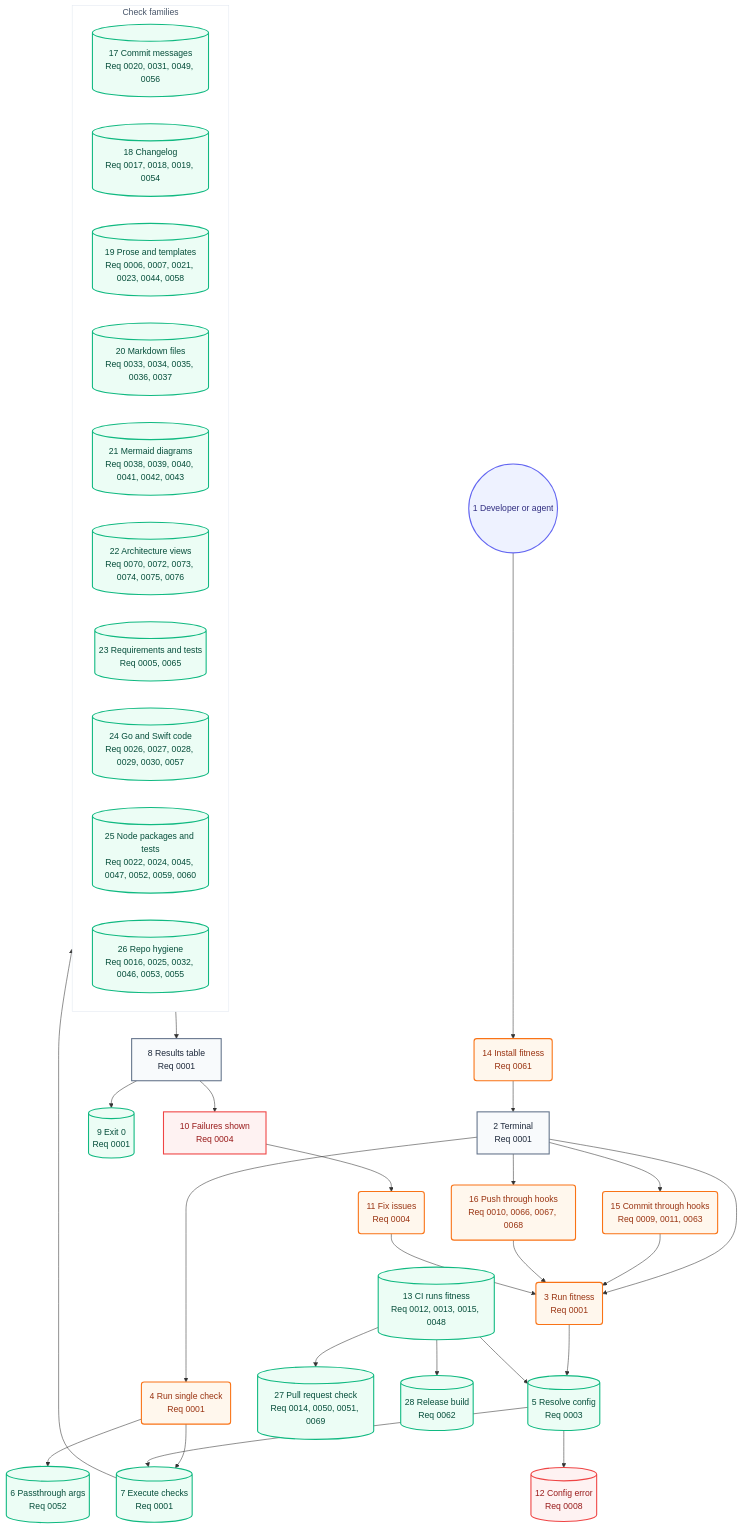
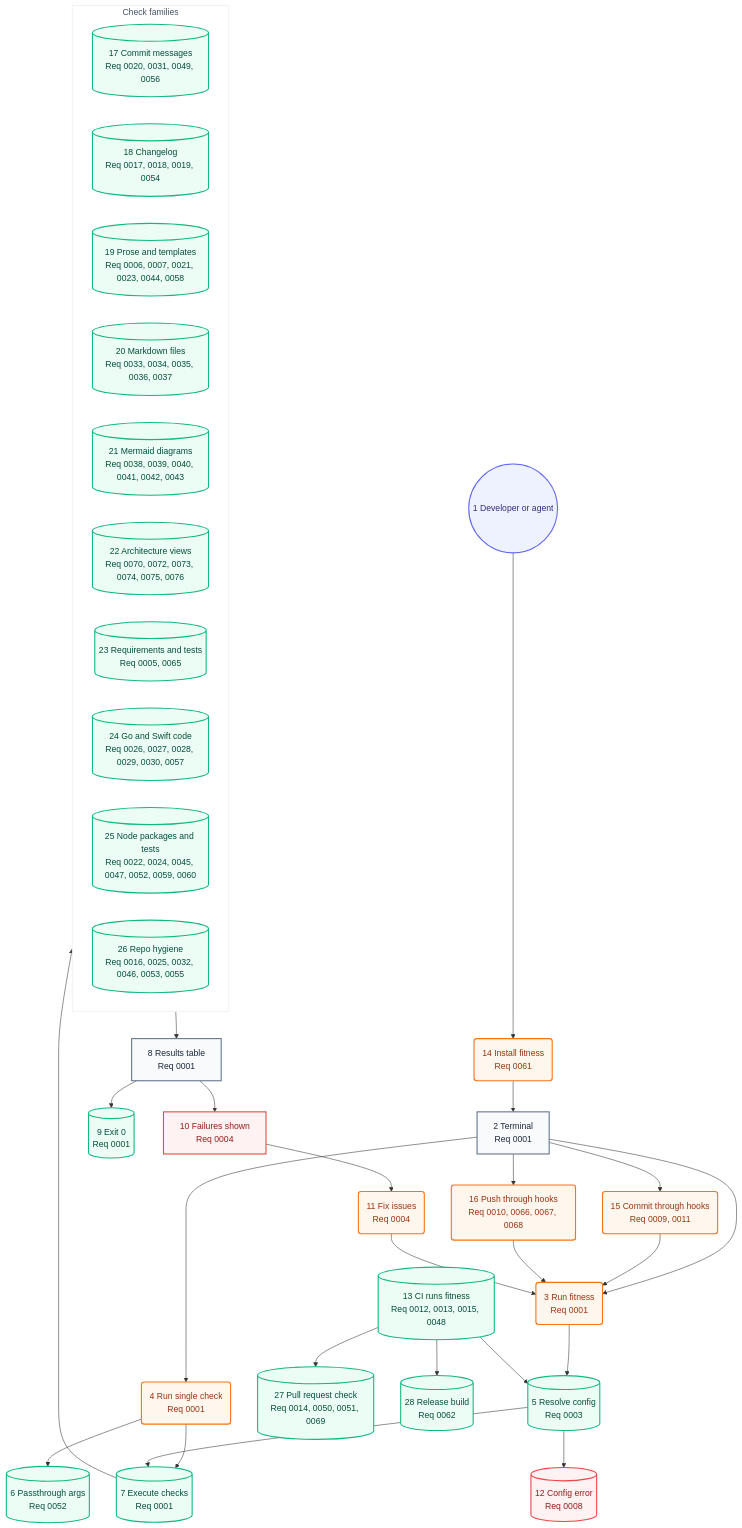
Before and after one commit to may-journal/fitness-runner: the second of 2 diagrams in docs/architecture/05-user-journey.md, drawn with Mermaid. The commit also changed other lines of this file and 22 other files, not shown here.

````diff
--- a/docs/architecture/05-user-journey.md
+++ b/docs/architecture/05-user-journey.md
@@ -39,66 +39,66 @@
 ```mermaid
 flowchart TB
     dev((1 Developer or agent)):::persona
     install(14 Install fitness<br/>Req 0061):::action
     terminal[2 Terminal<br/>Req 0001]:::screen
     runFull(3 Run fitness<br/>Req 0001):::action
     runSingle(4 Run single check<br/>Req 0001):::action
-    commitHook(15 Commit through hooks<br/>Req 0009, 0011, 0063):::action
+    commitHook(15 Commit through hooks<br/>Req 0009, 0011):::action
     pushHook(16 Push through hooks<br/>Req 0010, 0066, 0067, 0068):::action
     resolveConfig[(5 Resolve config<br/>Req 0003)]:::system
     passArgs[(6 Passthrough args<br/>Req 0052)]:::system
     executeChecks[(7 Execute checks<br/>Req 0001)]:::system
 
     subgraph checks["Check families"]
         commitChecks[(17 Commit messages<br/>Req 0020, 0031, 0049, 0056)]:::system
         changelogChecks[(18 Changelog<br/>Req 0017, 0018, 0019, 0054)]:::system
         proseChecks[(19 Prose and templates<br/>Req 0006, 0007, 0021, 0023, 0044, 0058)]:::system
         markdownChecks[(20 Markdown files<br/>Req 0033, 0034, 0035, 0036, 0037)]:::system
         mermaidChecks[(21 Mermaid diagrams<br/>Req 0038, 0039, 0040, 0041, 0042, 0043)]:::system
         architectureChecks[(22 Architecture views<br/>Req 0070, 0072, 0073, 0074, 0075, 0076)]:::system
         requirementChecks[(23 Requirements and tests<br/>Req 0005, 0065)]:::system
         goSwiftChecks[(24 Go and Swift code<br/>Req 0026, 0027, 0028, 0029, 0030, 0057)]:::system
         nodeChecks[(25 Node packages and tests<br/>Req 0022, 0024, 0045, 0047, 0052, 0059, 0060)]:::system
         repoChecks[(26 Repo hygiene<br/>Req 0016, 0025, 0032, 0046, 0053, 0055)]:::system
     end
 
     resultsTable[8 Results table<br/>Req 0001]:::screen
     exitZero[(9 Exit 0<br/>Req 0001)]:::system
     failuresShown[10 Failures shown<br/>Req 0004]:::blocked
     fixIssues(11 Fix issues<br/>Req 0004):::action
     configError[(12 Config error<br/>Req 0008)]:::blocked
     ciRun[(13 CI runs fitness<br/>Req 0012, 0013, 0015, 0048)]:::system
     prCheck[(27 Pull request check<br/>Req 0014, 0050, 0051, 0069)]:::system
     release[(28 Release build<br/>Req 0062)]:::system
 
     dev --> install
     install --> terminal
     terminal --> runFull
     terminal --> runSingle
     terminal --> commitHook
     terminal --> pushHook
     commitHook --> runFull
     pushHook --> runFull
     runFull --> resolveConfig
     runSingle --> executeChecks
     runSingle --> passArgs
     resolveConfig --> executeChecks
     resolveConfig --> configError
     executeChecks --> checks
     checks --> resultsTable
     resultsTable --> exitZero
     resultsTable --> failuresShown
     failuresShown --> fixIssues
     fixIssues --> runFull
     ciRun --> resolveConfig
     ciRun --> prCheck
     ciRun --> release
 
     classDef persona fill:#eef2ff,stroke:#6366f1,color:#312e81,stroke-width:2px
     classDef screen fill:#f8fafc,stroke:#64748b,color:#1e293b,stroke-width:2px
     classDef action fill:#fff7ed,stroke:#f97316,color:#9a3412,stroke-width:2px
     classDef system fill:#ecfdf5,stroke:#10b981,color:#064e3b,stroke-width:2px
     classDef blocked fill:#fef2f2,stroke:#ef4444,color:#991b1b,stroke-width:2px
 
     style checks fill:#ffffff,stroke:#e2e8f0,color:#475569,stroke-width:1px
 ```
````
